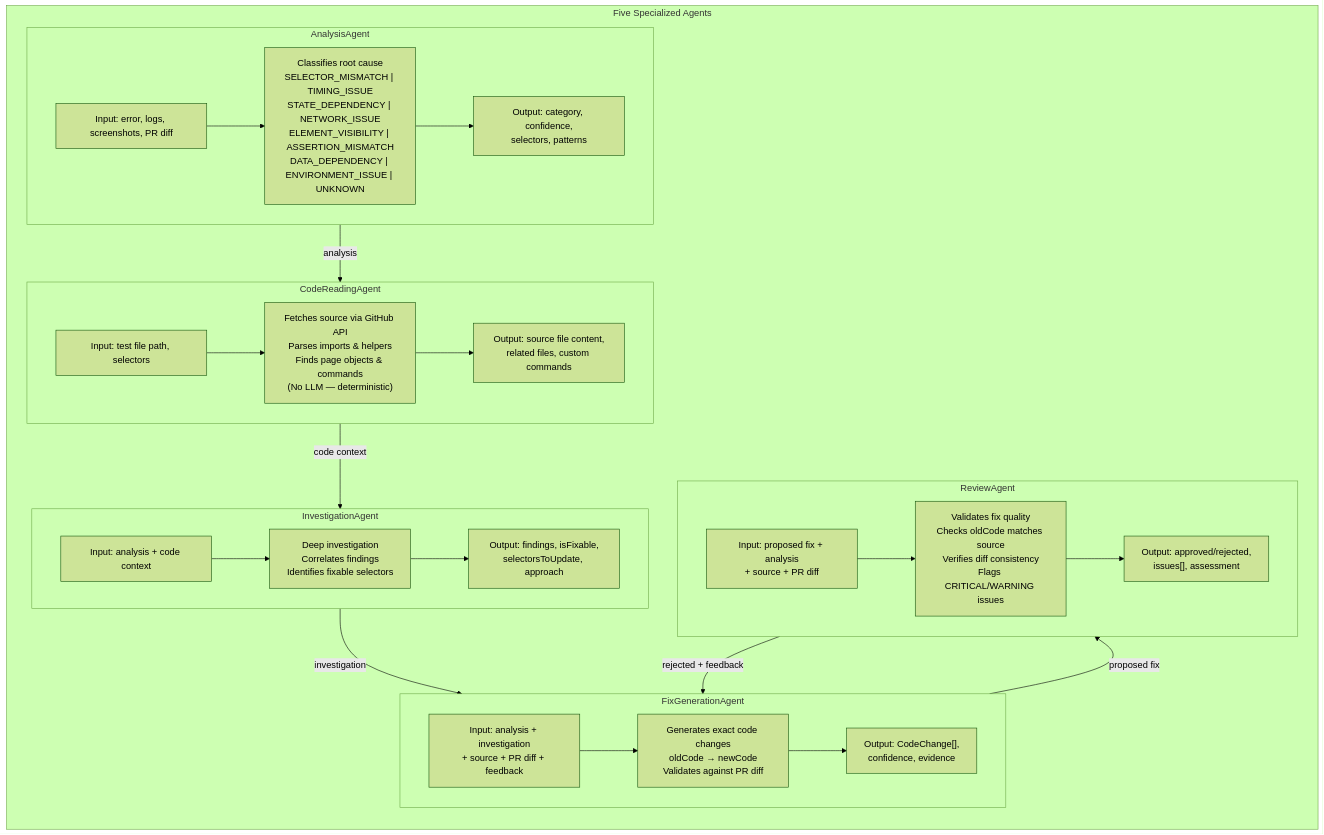
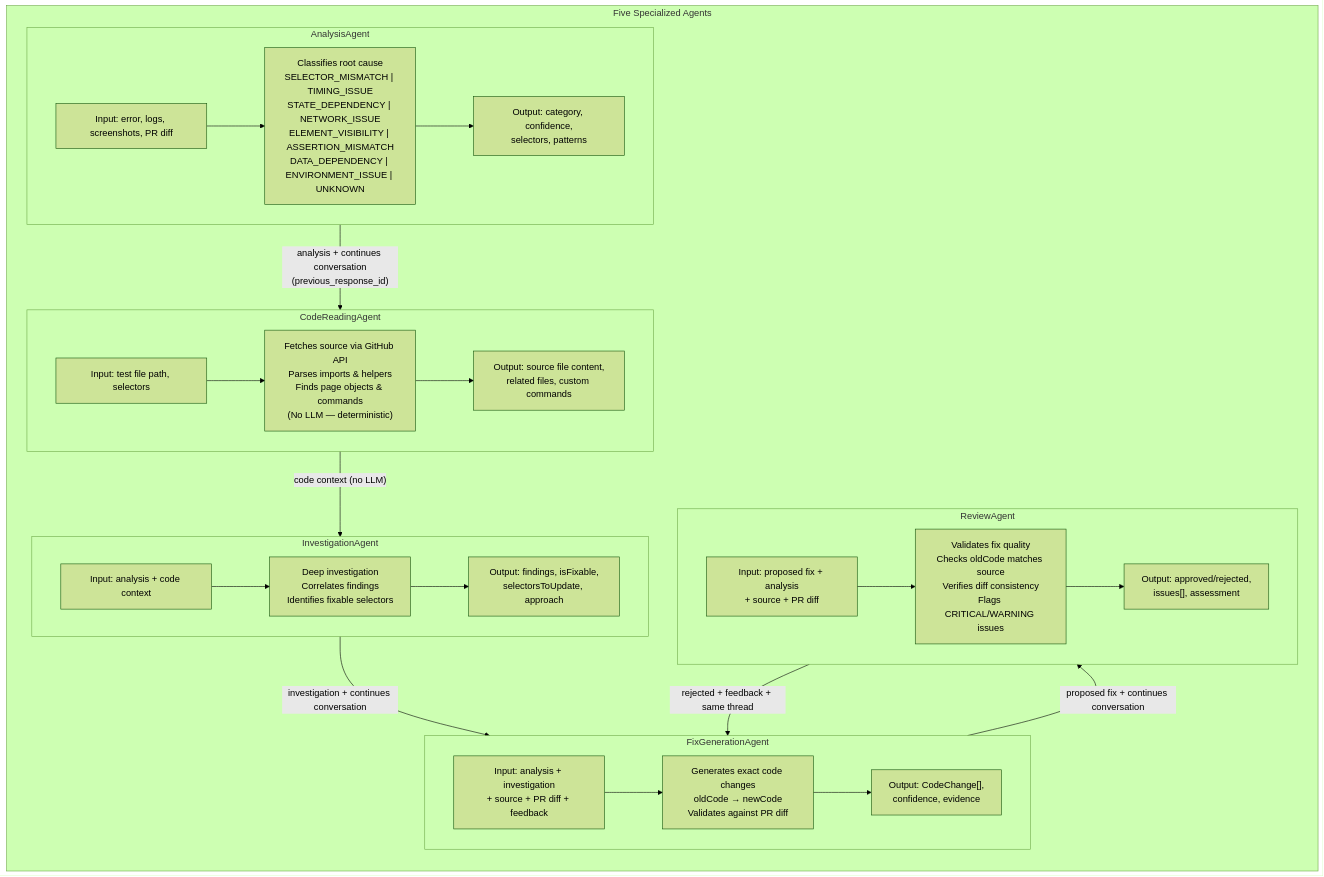
Before and after one commit to adept-at/adept-triage-agent: the sixth of 6 diagrams in docs/agent-workflow-flowchart.md, drawn with Mermaid (forest theme). The commit also changed other lines of this file and 6 other files, not shown here.

First line of the commit message:
docs+tests: update for conversation chaining architecture

````diff
--- a/docs/agent-workflow-flowchart.md
+++ b/docs/agent-workflow-flowchart.md
@@ -293,47 +300,47 @@
 ```mermaid
 flowchart TB
     subgraph AGENTS["Five Specialized Agents"]
         direction TB
 
         subgraph A1["AnalysisAgent"]
             A1_IN["Input: error, logs, screenshots, PR diff"]
             A1_WORK["Classifies root cause<br/>SELECTOR_MISMATCH | TIMING_ISSUE<br/>STATE_DEPENDENCY | NETWORK_ISSUE<br/>ELEMENT_VISIBILITY | ASSERTION_MISMATCH<br/>DATA_DEPENDENCY | ENVIRONMENT_ISSUE | UNKNOWN"]
             A1_OUT["Output: category, confidence,<br/>selectors, patterns"]
             A1_IN --> A1_WORK --> A1_OUT
         end
 
         subgraph A2["CodeReadingAgent"]
             A2_IN["Input: test file path, selectors"]
             A2_WORK["Fetches source via GitHub API<br/>Parses imports & helpers<br/>Finds page objects & commands<br/>(No LLM — deterministic)"]
             A2_OUT["Output: source file content,<br/>related files, custom commands"]
             A2_IN --> A2_WORK --> A2_OUT
         end
 
         subgraph A3["InvestigationAgent"]
             A3_IN["Input: analysis + code context"]
             A3_WORK["Deep investigation<br/>Correlates findings<br/>Identifies fixable selectors"]
             A3_OUT["Output: findings, isFixable,<br/>selectorsToUpdate, approach"]
             A3_IN --> A3_WORK --> A3_OUT
         end
 
         subgraph A4["FixGenerationAgent"]
             A4_IN["Input: analysis + investigation<br/>+ source + PR diff + feedback"]
             A4_WORK["Generates exact code changes<br/>oldCode → newCode<br/>Validates against PR diff"]
             A4_OUT["Output: CodeChange[],<br/>confidence, evidence"]
             A4_IN --> A4_WORK --> A4_OUT
         end
 
         subgraph A5["ReviewAgent"]
             A5_IN["Input: proposed fix + analysis<br/>+ source + PR diff"]
             A5_WORK["Validates fix quality<br/>Checks oldCode matches source<br/>Verifies diff consistency<br/>Flags CRITICAL/WARNING issues"]
             A5_OUT["Output: approved/rejected,<br/>issues[], assessment"]
             A5_IN --> A5_WORK --> A5_OUT
         end
     end
 
-    A1 -->|analysis| A2
-    A2 -->|code context| A3
-    A3 -->|investigation| A4
-    A4 -->|proposed fix| A5
-    A5 -->|"rejected + feedback"| A4
+    A1 -->|"analysis + continues conversation<br/>(previous_response_id)"| A2
+    A2 -->|"code context (no LLM)"| A3
+    A3 -->|"investigation + continues conversation"| A4
+    A4 -->|"proposed fix + continues conversation"| A5
+    A5 -->|"rejected + feedback + same thread"| A4
 ```
````
